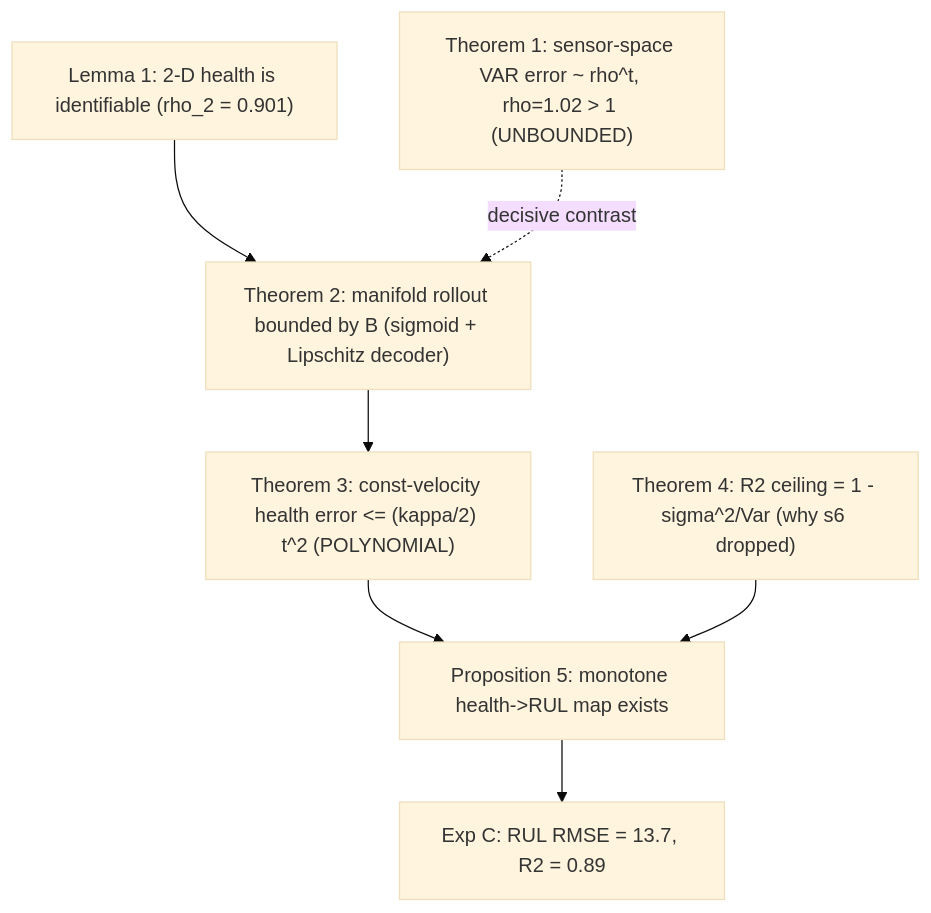
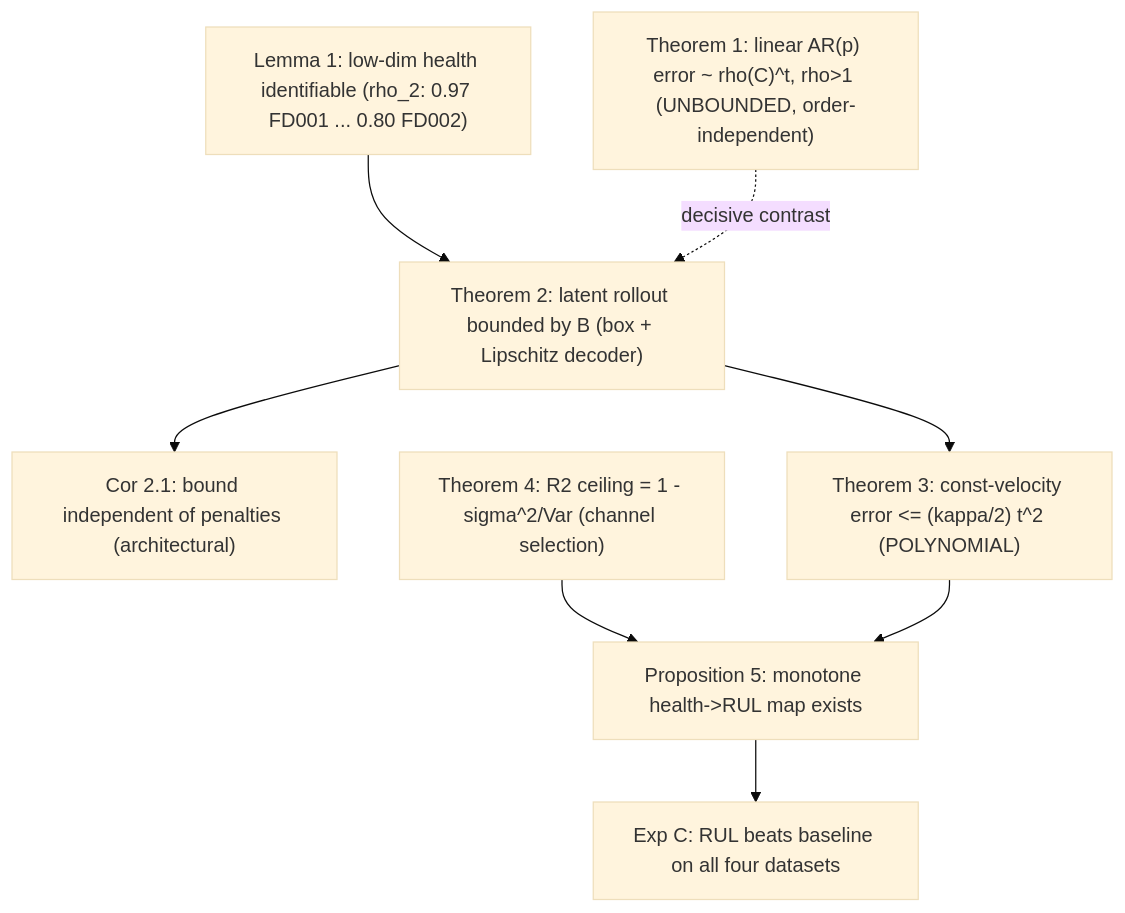
One commit to thebrownkidd/Jet-Engine-Simulation-Project changed the diagram in docs/THEORY.md. Above: the diagram before and after it, drawn with Mermaid (base theme). The commit also changed other lines of this file and 125 other files, not shown here.

````diff
--- a/docs/THEORY.md
+++ b/docs/THEORY.md
@@ -247,11 +287,17 @@
 ```mermaid
 flowchart TD
-    L1["Lemma 1: 2-D health is identifiable (rho_2 = 0.901)"] --> T2
-    T1["Theorem 1: sensor-space VAR error ~ rho^t, rho=1.02 > 1 (UNBOUNDED)"]
-    T2["Theorem 2: manifold rollout bounded by B (sigmoid + Lipschitz decoder)"]
+    L1["Lemma 1: low-dim health identifiable (rho_2: 0.97 FD001 ... 0.80 FD002)"]
+    T1["Theorem 1: linear AR(p) error ~ rho(C)^t, rho>1 (UNBOUNDED, order-independent)"]
+    T2["Theorem 2: latent rollout bounded by B (box + Lipschitz decoder)"]
+    C21["Cor 2.1: bound independent of penalties (architectural)"]
+    T3["Theorem 3: const-velocity error <= (kappa/2) t^2 (POLYNOMIAL)"]
+    T4["Theorem 4: R2 ceiling = 1 - sigma^2/Var (channel selection)"]
+    P5["Proposition 5: monotone health->RUL map exists"]
+    L1 --> T2
     T1 -. "decisive contrast" .-> T2
-    T2 --> T3["Theorem 3: const-velocity health error <= (kappa/2) t^2 (POLYNOMIAL)"]
-    T3 --> P5["Proposition 5: monotone health->RUL map exists"]
-    P5 --> C["Exp C: RUL RMSE = 13.7, R2 = 0.89"]
-    T4["Theorem 4: R2 ceiling = 1 - sigma^2/Var (why s6 dropped)"] --> P5
+    T2 --> C21
+    T2 --> T3
+    T4 --> P5
+    T3 --> P5
+    P5 --> RUL["Exp C: RUL beats baseline on all four datasets"]
 ```
````
